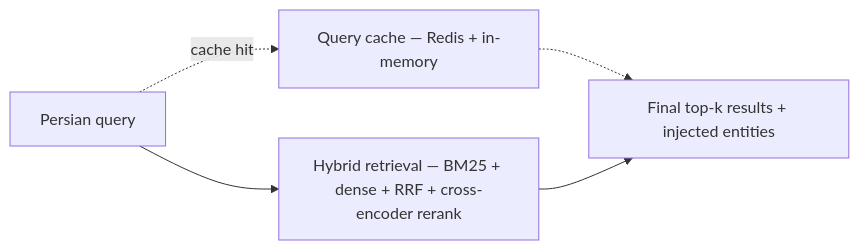
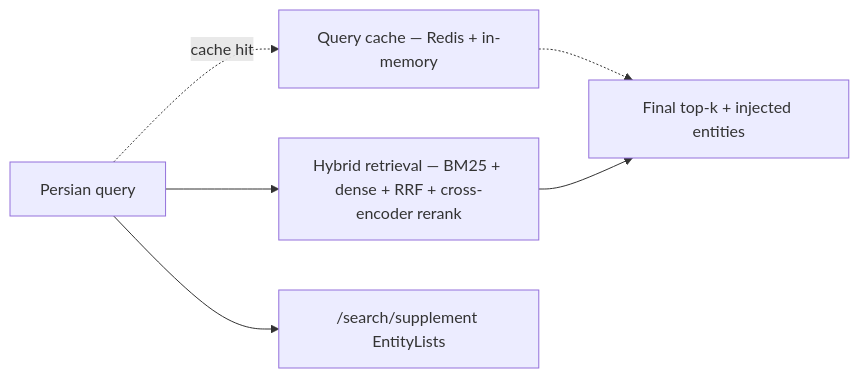
Before and after one commit to AliNikkhah2001/Work_RAG-KB: the fourth of 4 diagrams in README.md, drawn with Mermaid. The commit also changed other lines of this file and 4 other files, not shown here.

First line of the commit message:
feat: structured EntityLists for score tables and ضمیمه catalogs

````diff
--- a/README.md
+++ b/README.md
@@ -159,10 +163,12 @@
 ```mermaid
 flowchart LR
     Q["Persian query"]
     CACHE["Query cache — Redis + in-memory"]
     RETRIEVE["Hybrid retrieval — BM25 + dense + RRF + cross-encoder rerank"]
-    RESULTS["Final top-k results + injected entities"]
+    RESULTS["Final top-k + injected entities"]
+    SUP["/search/supplement EntityLists"]
 
     Q -.->|"cache hit"| CACHE -.-> RESULTS
     Q --> RETRIEVE --> RESULTS
+    Q --> SUP
 ```
````
